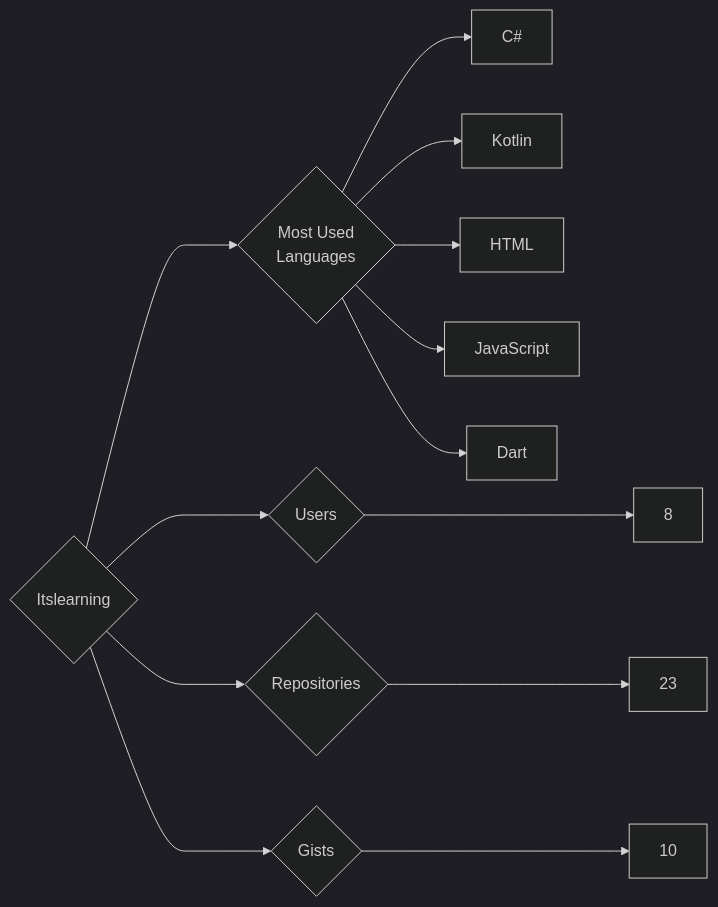
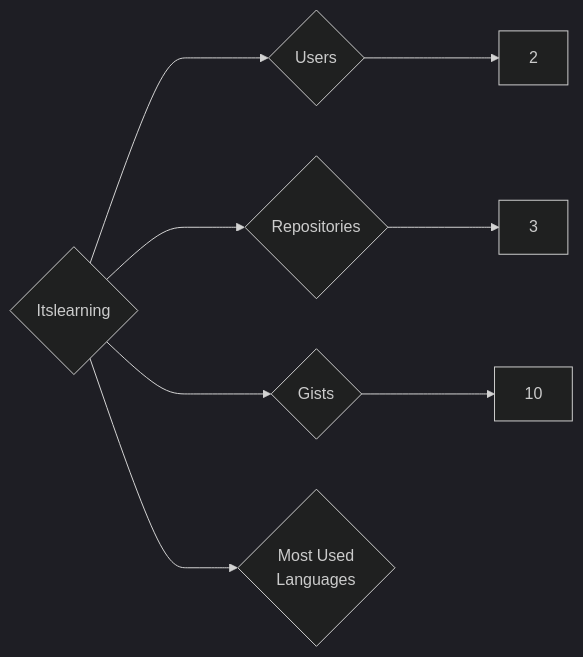
Before and after one commit to trickest/insiders: the diagram in targets/Itslearning/README.md, drawn with Mermaid (dark theme). The commit also changed 1084 other files, not shown here.

````diff
--- a/targets/Itslearning/README.md
+++ b/targets/Itslearning/README.md
@@ -3,13 +3,8 @@
 ```mermaid
 graph LR
 COMPANY_NAME{Itslearning}
-COMPANY_NAME ---> U{Users} ---> UN[8]
-COMPANY_NAME ---> R{Repositories} ---> RN[23]
+COMPANY_NAME ---> U{Users} ---> UN[2]
+COMPANY_NAME ---> R{Repositories} ---> RN[3]
 COMPANY_NAME ---> G{Gists} ---> GN[10]
 COMPANY_NAME ---> ML{Most Used<br>Languages}
-ML --> C#[C#]
-ML --> Kotlin[Kotlin]
-ML --> HTML[HTML]
-ML --> JavaScript[JavaScript]
-ML --> Dart[Dart]
 ```
````
